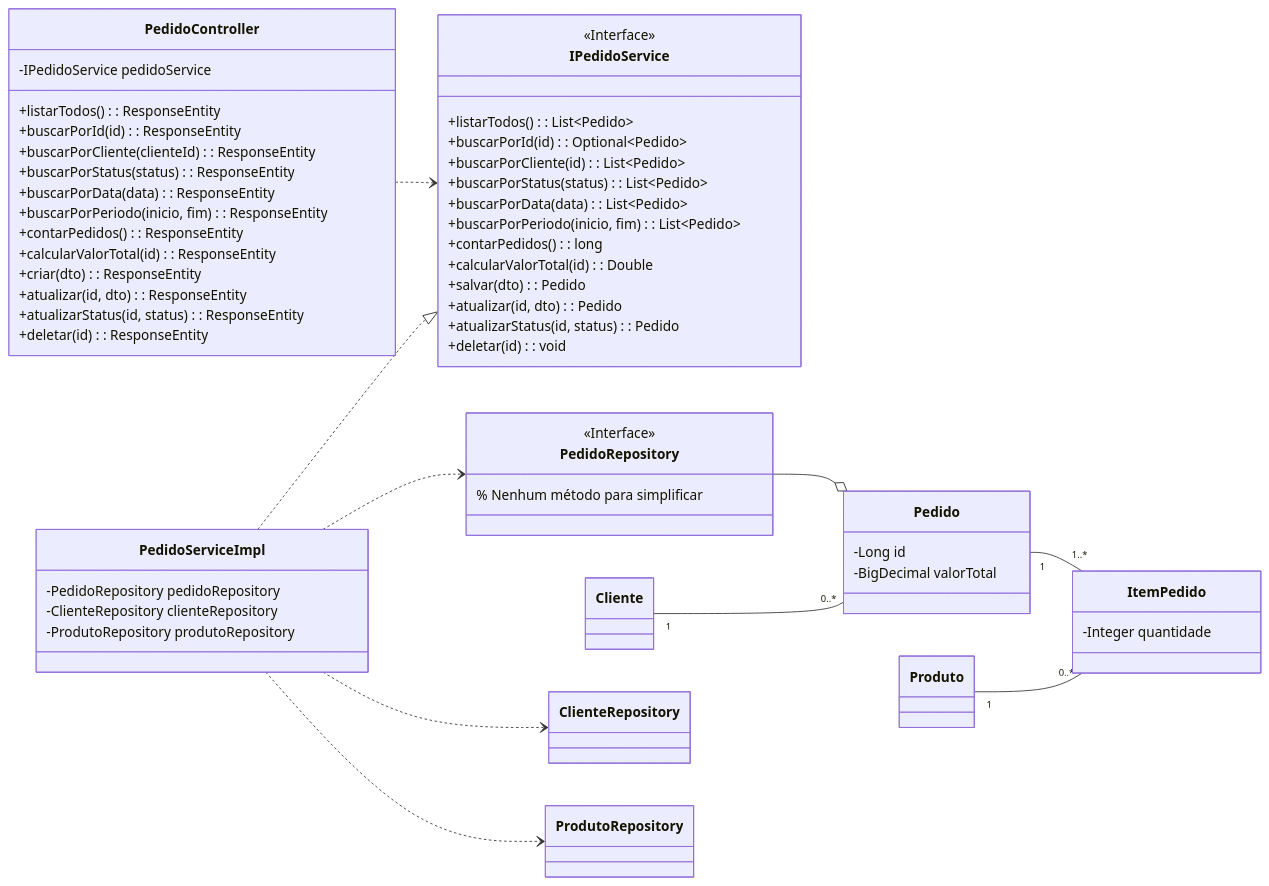
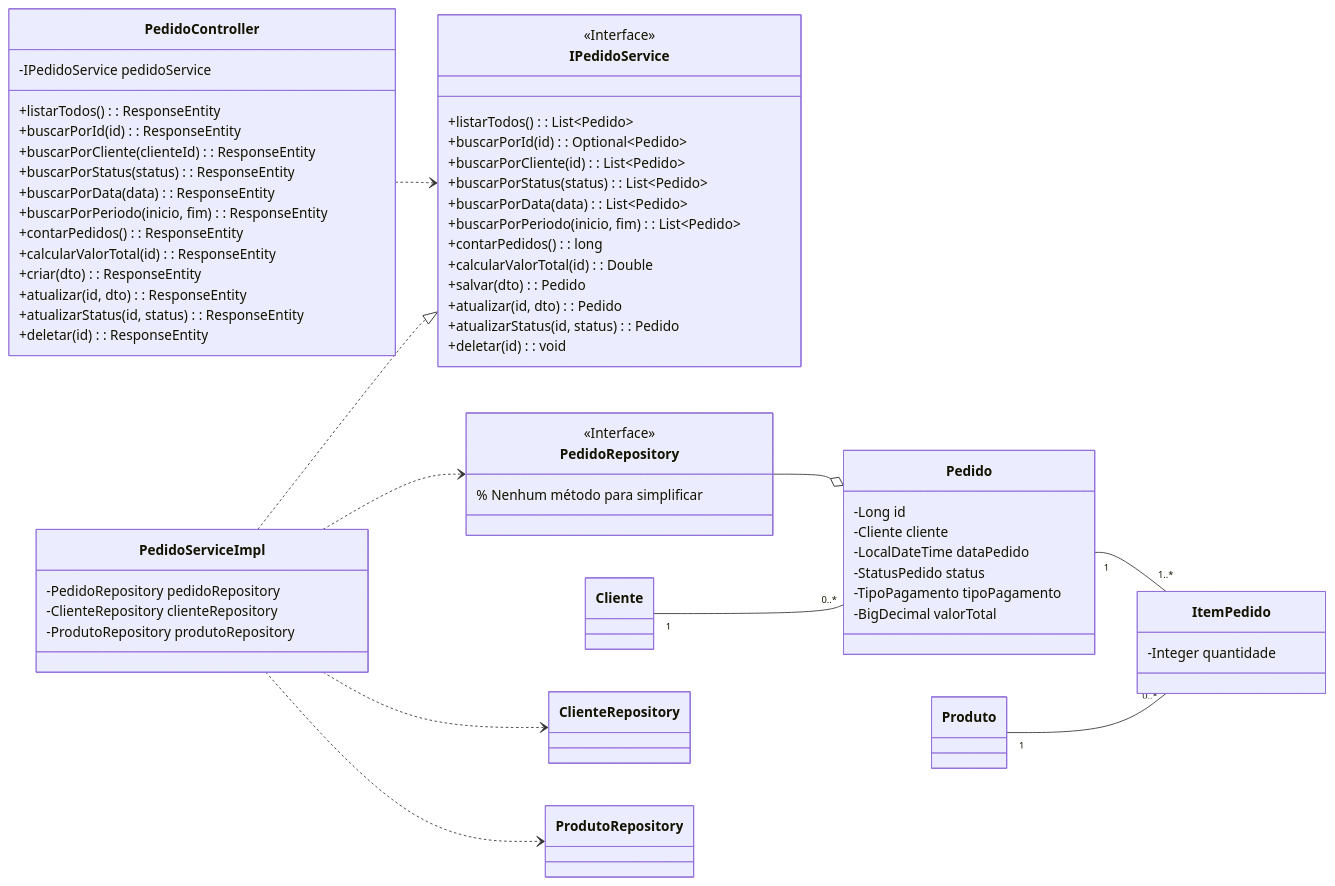
Before and after one commit to iagobrdev/orders-bootcamp: the seventh of 8 diagrams in DESENHO_ARQUITETURAL.md, drawn with Mermaid.

Commit message:
desenho arquitetura

````diff
--- a/DESENHO_ARQUITETURAL.md
+++ b/DESENHO_ARQUITETURAL.md
@@ -328,70 +328,74 @@
 ```mermaid
 classDiagram
     direction LR
     
     class PedidoController {
         -IPedidoService pedidoService
         +listarTodos() : ResponseEntity
         +buscarPorId(id) : ResponseEntity
         +buscarPorCliente(clienteId) : ResponseEntity
         +buscarPorStatus(status) : ResponseEntity
         +buscarPorData(data) : ResponseEntity
         +buscarPorPeriodo(inicio, fim) : ResponseEntity
         +contarPedidos() : ResponseEntity
         +calcularValorTotal(id) : ResponseEntity
         +criar(dto) : ResponseEntity
         +atualizar(id, dto) : ResponseEntity
         +atualizarStatus(id, status) : ResponseEntity
         +deletar(id) : ResponseEntity
     }
 
     class IPedidoService {
         +listarTodos() : List~Pedido~
         +buscarPorId(id) : Optional~Pedido~
         +buscarPorCliente(id) : List~Pedido~
         +buscarPorStatus(status) : List~Pedido~
         +buscarPorData(data) : List~Pedido~
         +buscarPorPeriodo(inicio, fim) : List~Pedido~
         +contarPedidos() : long
         +calcularValorTotal(id) : Double
         +salvar(dto) : Pedido
         +atualizar(id, dto) : Pedido
         +atualizarStatus(id, status) : Pedido
         +deletar(id) : void
     }
     <<Interface>> IPedidoService
 
     class PedidoServiceImpl {
         -PedidoRepository pedidoRepository
         -ClienteRepository clienteRepository
         -ProdutoRepository produtoRepository
     }
     
     class PedidoRepository {
         % Nenhum método para simplificar
     }
     <<Interface>> PedidoRepository
     
     class Pedido {
         -Long id
+        -Cliente cliente
+        -LocalDateTime dataPedido
+        -StatusPedido status
+        -TipoPagamento tipoPagamento
         -BigDecimal valorTotal
     }
     
     class ItemPedido {
         -Integer quantidade
     }
 
     class Cliente
     class Produto
 
     PedidoController ..> IPedidoService
     PedidoServiceImpl ..|> IPedidoService
     PedidoServiceImpl ..> PedidoRepository
     PedidoServiceImpl ..> ClienteRepository
     PedidoServiceImpl ..> ProdutoRepository
     
     PedidoRepository --o Pedido
     Pedido "1" -- "1..*" ItemPedido
     Cliente "1" -- "0..*" Pedido
     Produto "1" -- "0..*" ItemPedido
 ```
````
